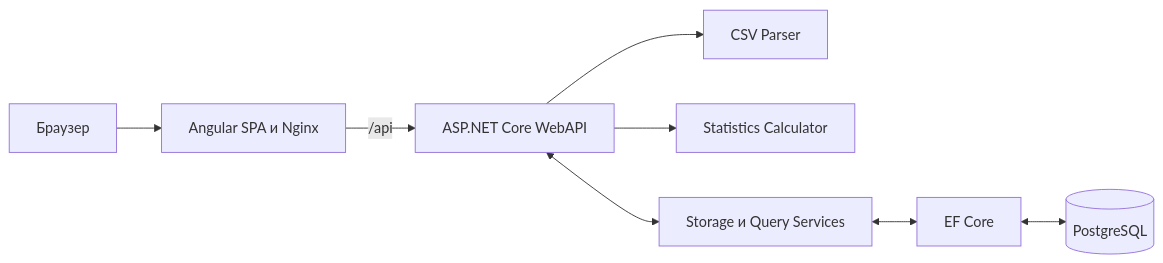
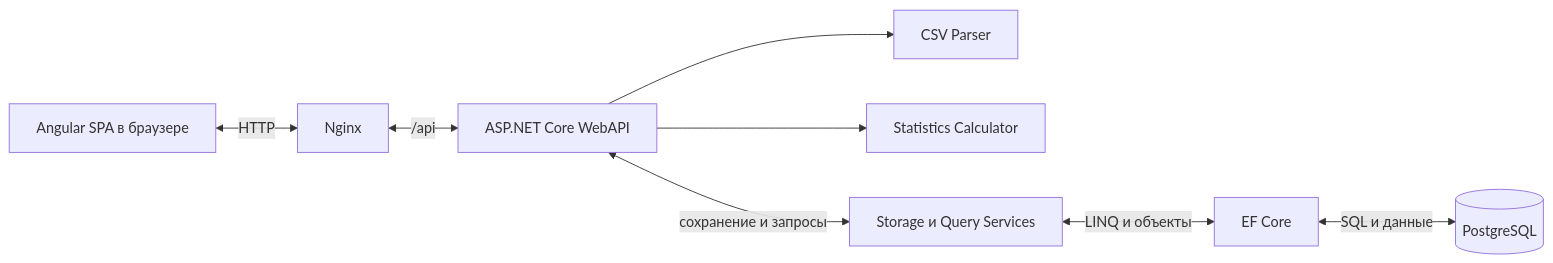
The diagram in README.md (usernamealreadytaken123/WebAPI), drawn with Mermaid before and after one commit. The commit also changed other lines of this file and 3 other files, not shown here.

````diff
--- a/README.md
+++ b/README.md
@@ -35,10 +57,10 @@
 ```mermaid
 flowchart LR
-    Browser["Браузер"] --> Nginx["Angular SPA и Nginx"]
-    Nginx -->|"/api"| Api["ASP.NET Core WebAPI"]
+    Browser["Angular SPA в браузере"] <-->|"HTTP"| Nginx["Nginx"]
+    Nginx <-->|"/api"| Api["ASP.NET Core WebAPI"]
     Api --> Parser["CSV Parser"]
     Api --> Statistics["Statistics Calculator"]
-    Api <--> Services["Storage и Query Services"]
-    Services <--> Ef["EF Core"]
-    Ef <--> Db[("PostgreSQL")]
+    Api <-->|"сохранение и запросы"| Services["Storage и Query Services"]
+    Services <-->|"LINQ и объекты"| Ef["EF Core"]
+    Ef <-->|"SQL и данные"| Db[("PostgreSQL")]
 ```
````
